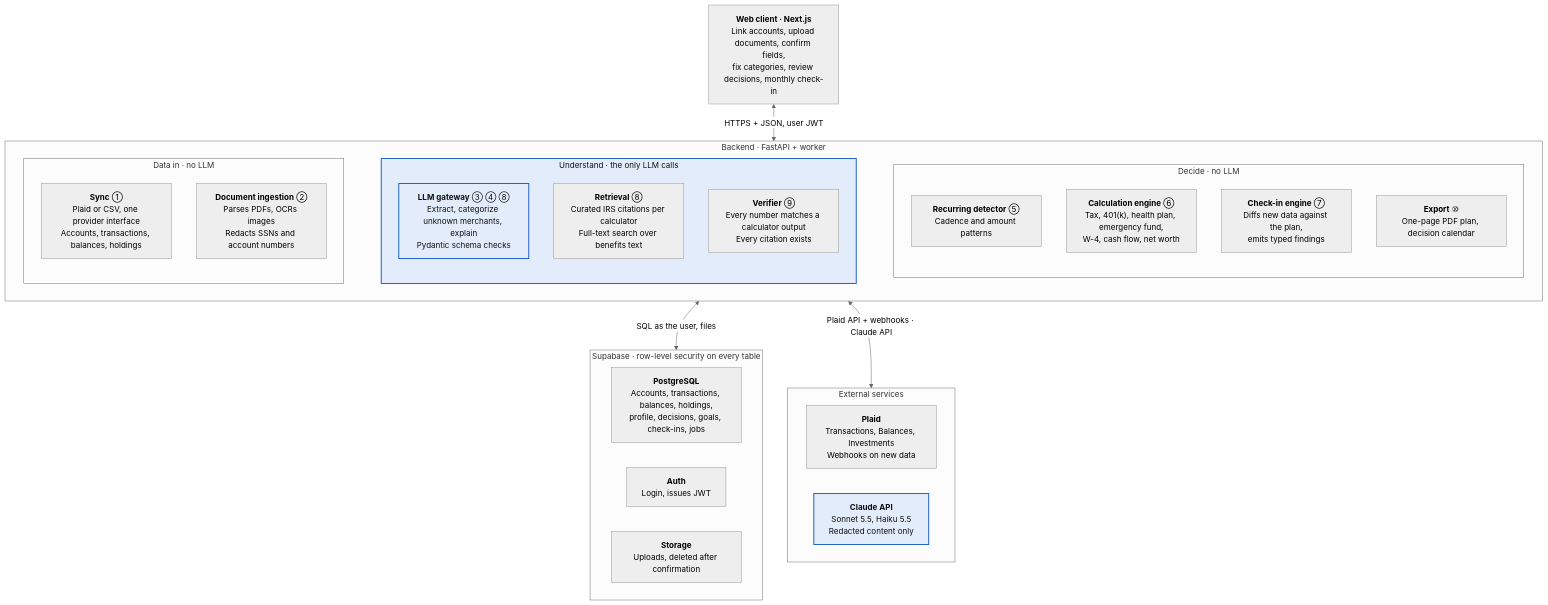
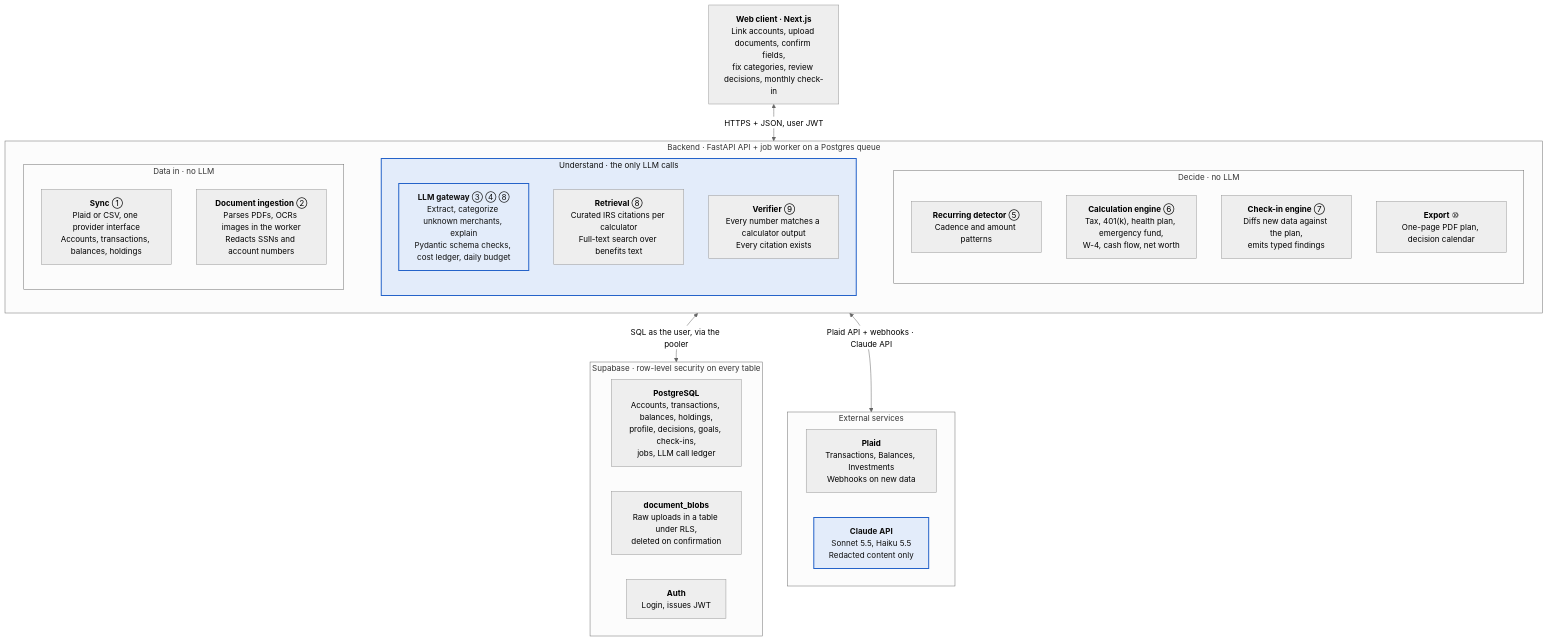
One commit to hkwan16/First-Paycheck changed the first of 2 diagrams in docs/technical-spec.md. Above: the diagram before and after it, drawn with Mermaid (neutral theme). The commit also changed other lines of this file and 1 other file, not shown here.

````diff
--- a/docs/technical-spec.md
+++ b/docs/technical-spec.md
@@ -11,45 +13,45 @@
 ```mermaid
 flowchart TB
   Web["<b>Web client · Next.js</b><br/>Link accounts, upload documents, confirm fields,<br/>fix categories, review decisions, monthly check-in"]
 
-  subgraph Backend["Backend · FastAPI + worker"]
+  subgraph Backend["Backend · FastAPI API + job worker on a Postgres queue"]
     direction LR
     subgraph In["Data in · no LLM"]
       Sync["<b>Sync</b> ①<br/>Plaid or CSV, one provider interface<br/>Accounts, transactions, balances, holdings"]
-      Ingest["<b>Document ingestion</b> ②<br/>Parses PDFs, OCRs images<br/>Redacts SSNs and account numbers"]
+      Ingest["<b>Document ingestion</b> ②<br/>Parses PDFs, OCRs images in the worker<br/>Redacts SSNs and account numbers"]
     end
     subgraph AI["Understand · the only LLM calls"]
-      Gateway["<b>LLM gateway</b> ③ ④ ⑧<br/>Extract, categorize unknown merchants, explain<br/>Pydantic schema checks"]
+      Gateway["<b>LLM gateway</b> ③ ④ ⑧<br/>Extract, categorize unknown merchants, explain<br/>Pydantic schema checks, cost ledger, daily budget"]
       Retrieval["<b>Retrieval</b> ⑧<br/>Curated IRS citations per calculator<br/>Full-text search over benefits text"]
       Verify["<b>Verifier</b> ⑨<br/>Every number matches a calculator output<br/>Every citation exists"]
     end
     subgraph Decide["Decide · no LLM"]
       Detect["<b>Recurring detector</b> ⑤<br/>Cadence and amount patterns"]
       Calc["<b>Calculation engine</b> ⑥<br/>Tax, 401(k), health plan, emergency fund,<br/>W-4, cash flow, net worth"]
       CheckIn["<b>Check-in engine</b> ⑦<br/>Diffs new data against the plan,<br/>emits typed findings"]
       Export["<b>Export</b> ⑩<br/>One-page PDF plan, decision calendar"]
     end
   end
 
   subgraph Ext["External services"]
     direction LR
     Plaid["<b>Plaid</b><br/>Transactions, Balances, Investments<br/>Webhooks on new data"]
     Claude["<b>Claude API</b><br/>Sonnet 5.5, Haiku 5.5<br/>Redacted content only"]
   end
 
   subgraph Supabase["Supabase · row-level security on every table"]
     direction LR
-    PG["<b>PostgreSQL</b><br/>Accounts, transactions, balances, holdings,<br/>profile, decisions, goals, check-ins, jobs"]
+    PG["<b>PostgreSQL</b><br/>Accounts, transactions, balances, holdings,<br/>profile, decisions, goals, check-ins,<br/>jobs, LLM call ledger"]
+    Blobs["<b>document_blobs</b><br/>Raw uploads in a table under RLS,<br/>deleted on confirmation"]
     Auth["<b>Auth</b><br/>Login, issues JWT"]
-    Storage["<b>Storage</b><br/>Uploads, deleted after confirmation"]
   end
 
   In ~~~ AI ~~~ Decide
   Web <-->|"HTTPS + JSON, user JWT"| Backend
-  Backend <-->|"SQL as the user, files"| Supabase
+  Backend <-->|"SQL as the user, via the pooler"| Supabase
   Backend <-->|"Plaid API + webhooks · Claude API"| Ext
 
   classDef llm fill:#e3ecfa,stroke:#2563c9,stroke-width:2px,color:#111
   class Gateway,Claude llm
   class AI llm
 ```
````
